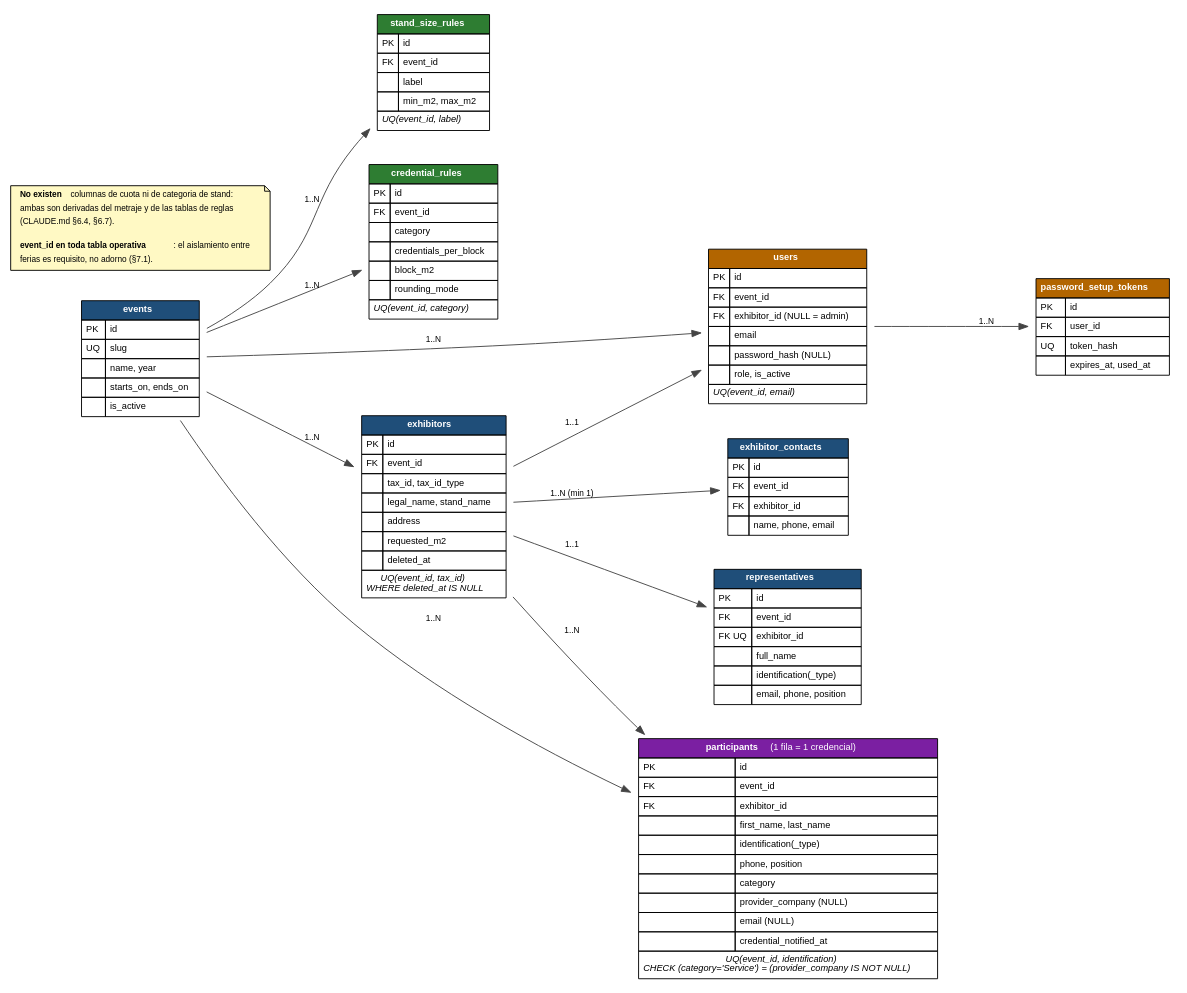
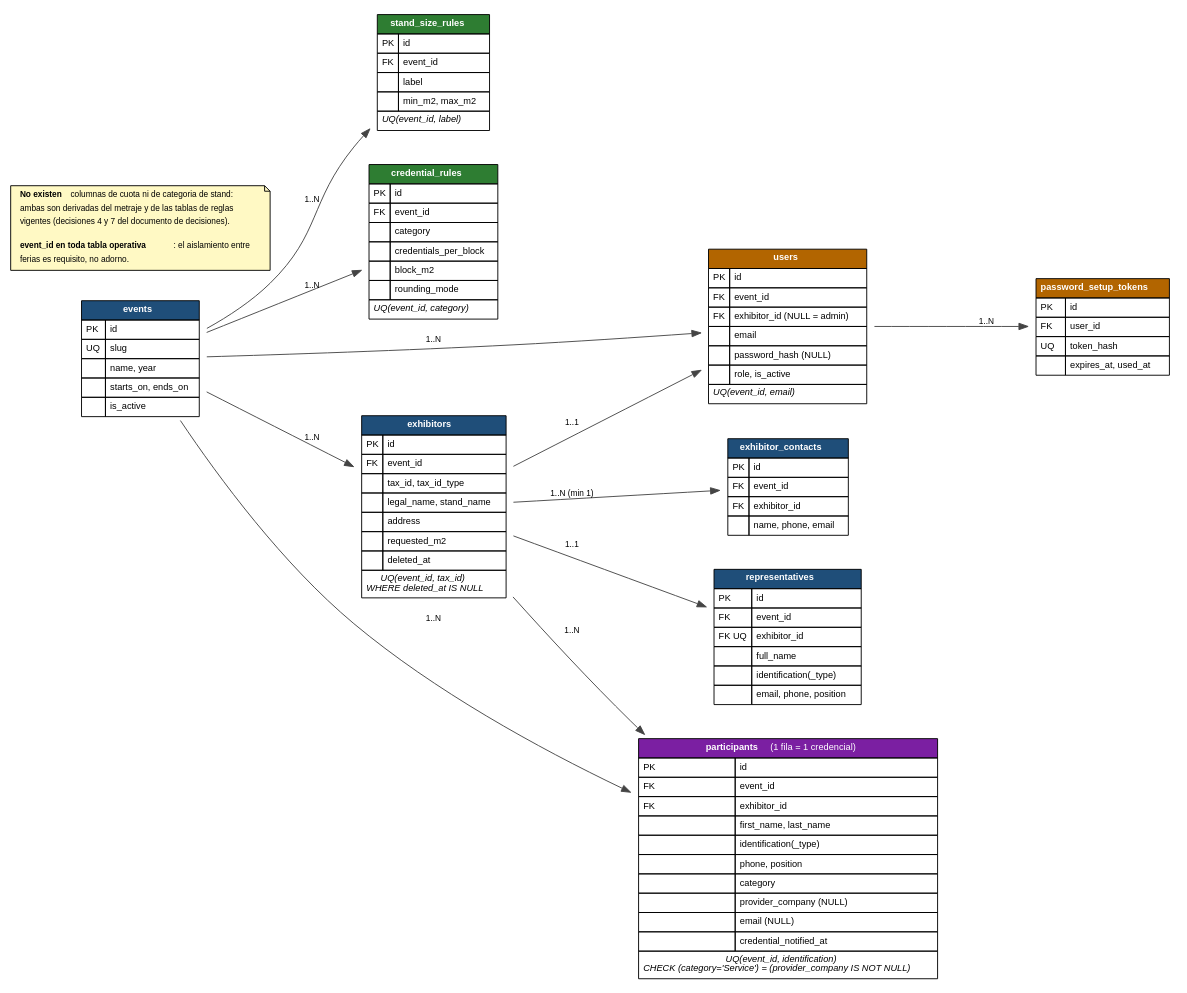
One commit to Jhongdlp/ExpoFlowes changed the diagram in docs/der.dot. Above: the diagram before and after it, drawn with Graphviz. The commit also changed 95 other files, not shown here.

```diff
--- a/docs/der.dot
+++ b/docs/der.dot
@@ -1,129 +1,129 @@
 digraph DER {
   rankdir=LR;
   graph [fontname="Helvetica", bgcolor="white", nodesep=0.4, ranksep=1.0, splines=spline];
   node  [shape=plaintext, fontname="Helvetica", fontsize=10];
   edge  [fontname="Helvetica", fontsize=9, color="#444444"];
 
   events [label=<
     <table border="0" cellborder="1" cellspacing="0" cellpadding="4" bgcolor="white">
       <tr><td bgcolor="#1f4e79" colspan="2"><font color="white"><b>events</b></font></td></tr>
       <tr><td align="left">PK</td><td align="left">id</td></tr>
       <tr><td align="left">UQ</td><td align="left">slug</td></tr>
       <tr><td align="left"></td><td align="left">name, year</td></tr>
       <tr><td align="left"></td><td align="left">starts_on, ends_on</td></tr>
       <tr><td align="left"></td><td align="left">is_active</td></tr>
     </table>>];
 
   stand_size_rules [label=<
     <table border="0" cellborder="1" cellspacing="0" cellpadding="4" bgcolor="white">
       <tr><td bgcolor="#2e7d32" colspan="2"><font color="white"><b>stand_size_rules</b></font></td></tr>
       <tr><td align="left">PK</td><td align="left">id</td></tr>
       <tr><td align="left">FK</td><td align="left">event_id</td></tr>
       <tr><td align="left"></td><td align="left">label</td></tr>
       <tr><td align="left"></td><td align="left">min_m2, max_m2</td></tr>
       <tr><td align="left" colspan="2"><i>UQ(event_id, label)</i></td></tr>
     </table>>];
 
   credential_rules [label=<
     <table border="0" cellborder="1" cellspacing="0" cellpadding="4" bgcolor="white">
       <tr><td bgcolor="#2e7d32" colspan="2"><font color="white"><b>credential_rules</b></font></td></tr>
       <tr><td align="left">PK</td><td align="left">id</td></tr>
       <tr><td align="left">FK</td><td align="left">event_id</td></tr>
       <tr><td align="left"></td><td align="left">category</td></tr>
       <tr><td align="left"></td><td align="left">credentials_per_block</td></tr>
       <tr><td align="left"></td><td align="left">block_m2</td></tr>
       <tr><td align="left"></td><td align="left">rounding_mode</td></tr>
       <tr><td align="left" colspan="2"><i>UQ(event_id, category)</i></td></tr>
     </table>>];
 
   exhibitors [label=<
     <table border="0" cellborder="1" cellspacing="0" cellpadding="4" bgcolor="white">
       <tr><td bgcolor="#1f4e79" colspan="2"><font color="white"><b>exhibitors</b></font></td></tr>
       <tr><td align="left">PK</td><td align="left">id</td></tr>
       <tr><td align="left">FK</td><td align="left">event_id</td></tr>
       <tr><td align="left"></td><td align="left">tax_id, tax_id_type</td></tr>
       <tr><td align="left"></td><td align="left">legal_name, stand_name</td></tr>
       <tr><td align="left"></td><td align="left">address</td></tr>
       <tr><td align="left"></td><td align="left">requested_m2</td></tr>
       <tr><td align="left"></td><td align="left">deleted_at</td></tr>
       <tr><td align="left" colspan="2"><i>UQ(event_id, tax_id)<br/>WHERE deleted_at IS NULL</i></td></tr>
     </table>>];
 
   representatives [label=<
     <table border="0" cellborder="1" cellspacing="0" cellpadding="4" bgcolor="white">
       <tr><td bgcolor="#1f4e79" colspan="2"><font color="white"><b>representatives</b></font></td></tr>
       <tr><td align="left">PK</td><td align="left">id</td></tr>
       <tr><td align="left">FK</td><td align="left">event_id</td></tr>
       <tr><td align="left">FK UQ</td><td align="left">exhibitor_id</td></tr>
       <tr><td align="left"></td><td align="left">full_name</td></tr>
       <tr><td align="left"></td><td align="left">identification(_type)</td></tr>
       <tr><td align="left"></td><td align="left">email, phone, position</td></tr>
     </table>>];
 
   exhibitor_contacts [label=<
     <table border="0" cellborder="1" cellspacing="0" cellpadding="4" bgcolor="white">
       <tr><td bgcolor="#1f4e79" colspan="2"><font color="white"><b>exhibitor_contacts</b></font></td></tr>
       <tr><td align="left">PK</td><td align="left">id</td></tr>
       <tr><td align="left">FK</td><td align="left">event_id</td></tr>
       <tr><td align="left">FK</td><td align="left">exhibitor_id</td></tr>
       <tr><td align="left"></td><td align="left">name, phone, email</td></tr>
     </table>>];
 
   users [label=<
     <table border="0" cellborder="1" cellspacing="0" cellpadding="4" bgcolor="white">
       <tr><td bgcolor="#b26500" colspan="2"><font color="white"><b>users</b></font></td></tr>
       <tr><td align="left">PK</td><td align="left">id</td></tr>
       <tr><td align="left">FK</td><td align="left">event_id</td></tr>
       <tr><td align="left">FK</td><td align="left">exhibitor_id (NULL = admin)</td></tr>
       <tr><td align="left"></td><td align="left">email</td></tr>
       <tr><td align="left"></td><td align="left">password_hash (NULL)</td></tr>
       <tr><td align="left"></td><td align="left">role, is_active</td></tr>
       <tr><td align="left" colspan="2"><i>UQ(event_id, email)</i></td></tr>
     </table>>];
 
   password_setup_tokens [label=<
     <table border="0" cellborder="1" cellspacing="0" cellpadding="4" bgcolor="white">
       <tr><td bgcolor="#b26500" colspan="2"><font color="white"><b>password_setup_tokens</b></font></td></tr>
       <tr><td align="left">PK</td><td align="left">id</td></tr>
       <tr><td align="left">FK</td><td align="left">user_id</td></tr>
       <tr><td align="left">UQ</td><td align="left">token_hash</td></tr>
       <tr><td align="left"></td><td align="left">expires_at, used_at</td></tr>
     </table>>];
 
   participants [label=<
     <table border="0" cellborder="1" cellspacing="0" cellpadding="4" bgcolor="white">
       <tr><td bgcolor="#7b1fa2" colspan="2"><font color="white"><b>participants</b> (1 fila = 1 credencial)</font></td></tr>
       <tr><td align="left">PK</td><td align="left">id</td></tr>
       <tr><td align="left">FK</td><td align="left">event_id</td></tr>
       <tr><td align="left">FK</td><td align="left">exhibitor_id</td></tr>
       <tr><td align="left"></td><td align="left">first_name, last_name</td></tr>
       <tr><td align="left"></td><td align="left">identification(_type)</td></tr>
       <tr><td align="left"></td><td align="left">phone, position</td></tr>
       <tr><td align="left"></td><td align="left">category</td></tr>
       <tr><td align="left"></td><td align="left">provider_company (NULL)</td></tr>
       <tr><td align="left"></td><td align="left">email (NULL)</td></tr>
       <tr><td align="left"></td><td align="left">credential_notified_at</td></tr>
       <tr><td align="left" colspan="2"><i>UQ(event_id, identification)<br/>CHECK (category='Service') = (provider_company IS NOT NULL)</i></td></tr>
     </table>>];
 
   events -> stand_size_rules     [label="1..N"];
   events -> credential_rules     [label="1..N"];
   events -> exhibitors           [label="1..N"];
   events -> users                [label="1..N"];
   events -> participants         [label="1..N"];
   exhibitors -> representatives     [label="1..1"];
   exhibitors -> exhibitor_contacts  [label="1..N (min 1)"];
   exhibitors -> users               [label="1..1"];
   exhibitors -> participants        [label="1..N"];
   users -> password_setup_tokens    [label="1..N"];
 
   nota [shape=note, fillcolor="#fff9c4", style=filled, fontsize=9, label=<
     <table border="0" cellspacing="0" cellpadding="2">
       <tr><td align="left"><b>No existen</b> columnas de cuota ni de categoria de stand:</td></tr>
       <tr><td align="left">ambas son derivadas del metraje y de las tablas de reglas</td></tr>
-      <tr><td align="left">(CLAUDE.md §6.4, §6.7).</td></tr>
+      <tr><td align="left">vigentes (decisiones 4 y 7 del documento de decisiones).</td></tr>
       <tr><td align="left"> </td></tr>
       <tr><td align="left"><b>event_id en toda tabla operativa</b>: el aislamiento entre</td></tr>
-      <tr><td align="left">ferias es requisito, no adorno (§7.1).</td></tr>
+      <tr><td align="left">ferias es requisito, no adorno.</td></tr>
     </table>>];
 }
```
